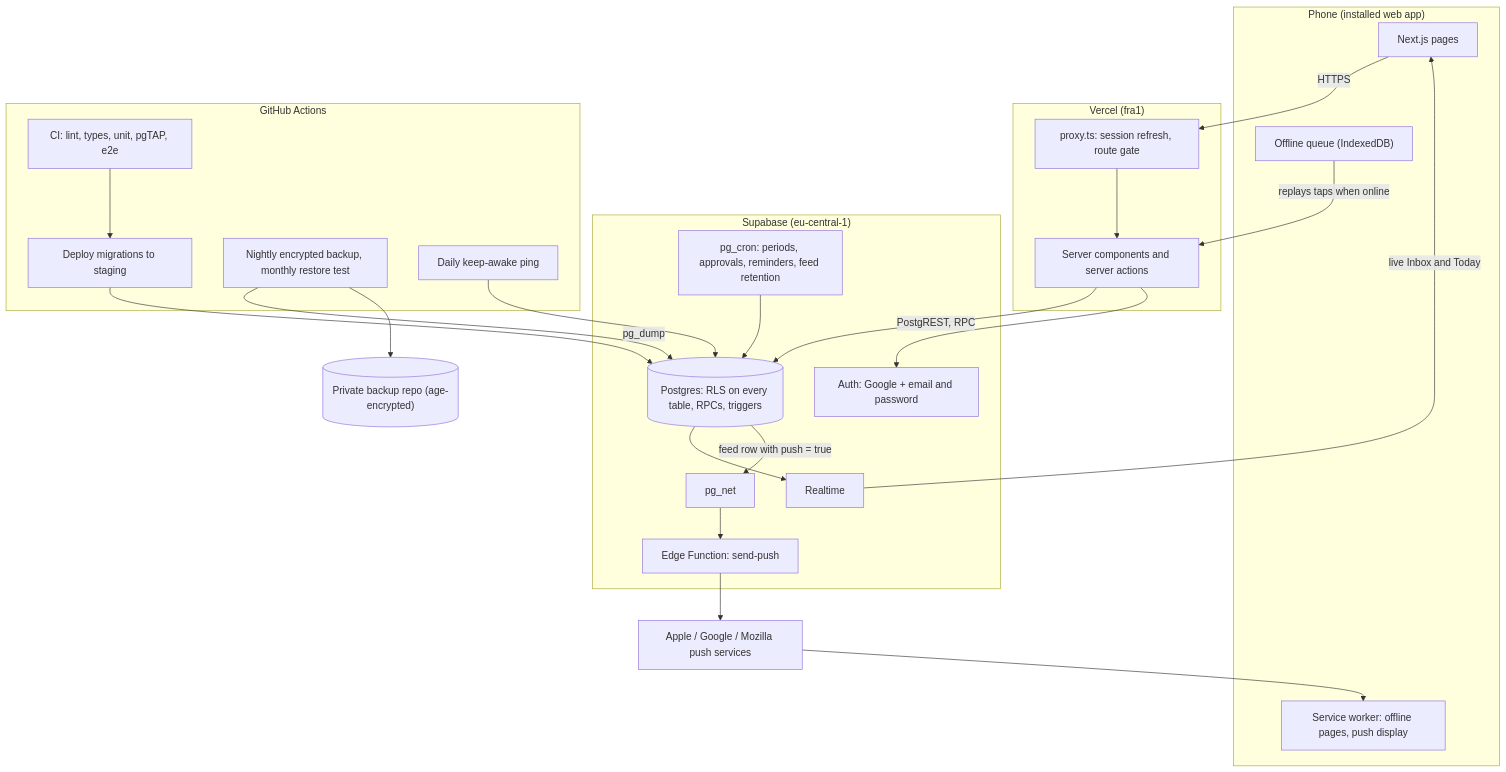
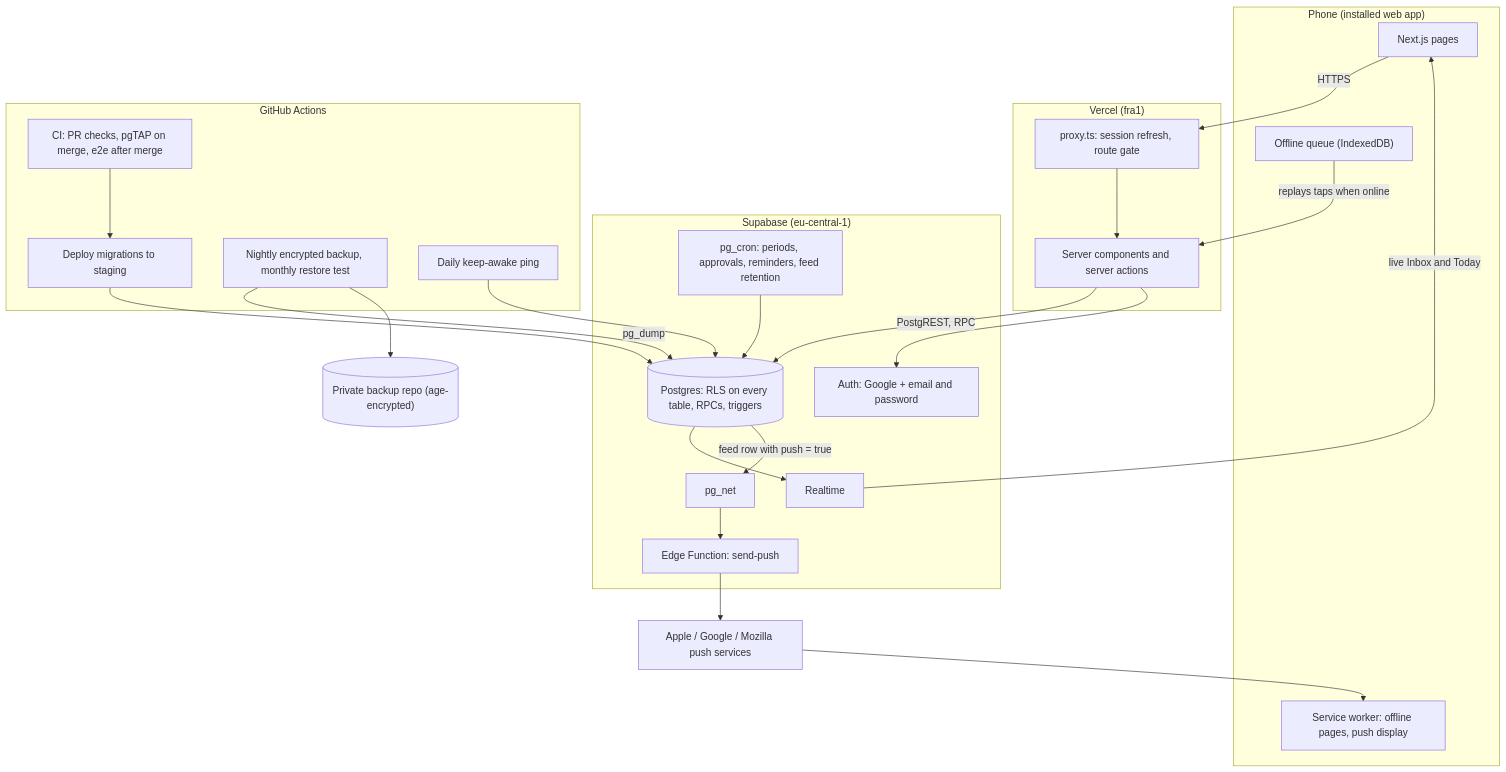
Before and after one commit to naum-4ik/keepup: the first of 4 diagrams in docs/architecture.md, drawn with Mermaid. The commit also changed other lines of this file and 6 other files, not shown here.

First line of the commit message:
ci: PR checks in about a minute; a sanity e2e on PRs, the full suite after merge (#150)

````diff
--- a/docs/architecture.md
+++ b/docs/architecture.md
@@ -7,39 +7,39 @@
 ```mermaid
 flowchart TB
     subgraph Phone["Phone (installed web app)"]
         UI["Next.js pages"]
         SW["Service worker: offline pages, push display"]
         Q["Offline queue (IndexedDB)"]
     end
     subgraph Vercel["Vercel (fra1)"]
         Proxy["proxy.ts: session refresh, route gate"]
         Fn["Server components and server actions"]
     end
     subgraph Supabase["Supabase (eu-central-1)"]
         Auth["Auth: Google + email and password"]
         PG[("Postgres: RLS on every table, RPCs, triggers")]
         RT["Realtime"]
         Cron["pg_cron: periods, approvals, reminders, feed retention"]
         Net["pg_net"]
         Push["Edge Function: send-push"]
     end
     PushSvc["Apple / Google / Mozilla push services"]
     subgraph GitHub["GitHub Actions"]
-        CI["CI: lint, types, unit, pgTAP, e2e"]
+        CI["CI: PR checks, pgTAP on merge, e2e after merge"]
         Deploy["Deploy migrations to staging"]
         Backup["Nightly encrypted backup, monthly restore test"]
         Keep["Daily keep-awake ping"]
     end
     Vault[("Private backup repo (age-encrypted)")]
 
     UI -->|HTTPS| Proxy --> Fn -->|PostgREST, RPC| PG
     Fn --> Auth
     Q -->|replays taps when online| Fn
     PG --> RT -->|live Inbox and Today| UI
     Cron --> PG
     PG -->|feed row with push = true| Net --> Push --> PushSvc --> SW
     CI --> Deploy --> PG
     Backup -->|pg_dump| PG
     Backup --> Vault
     Keep --> PG
 ```
````
